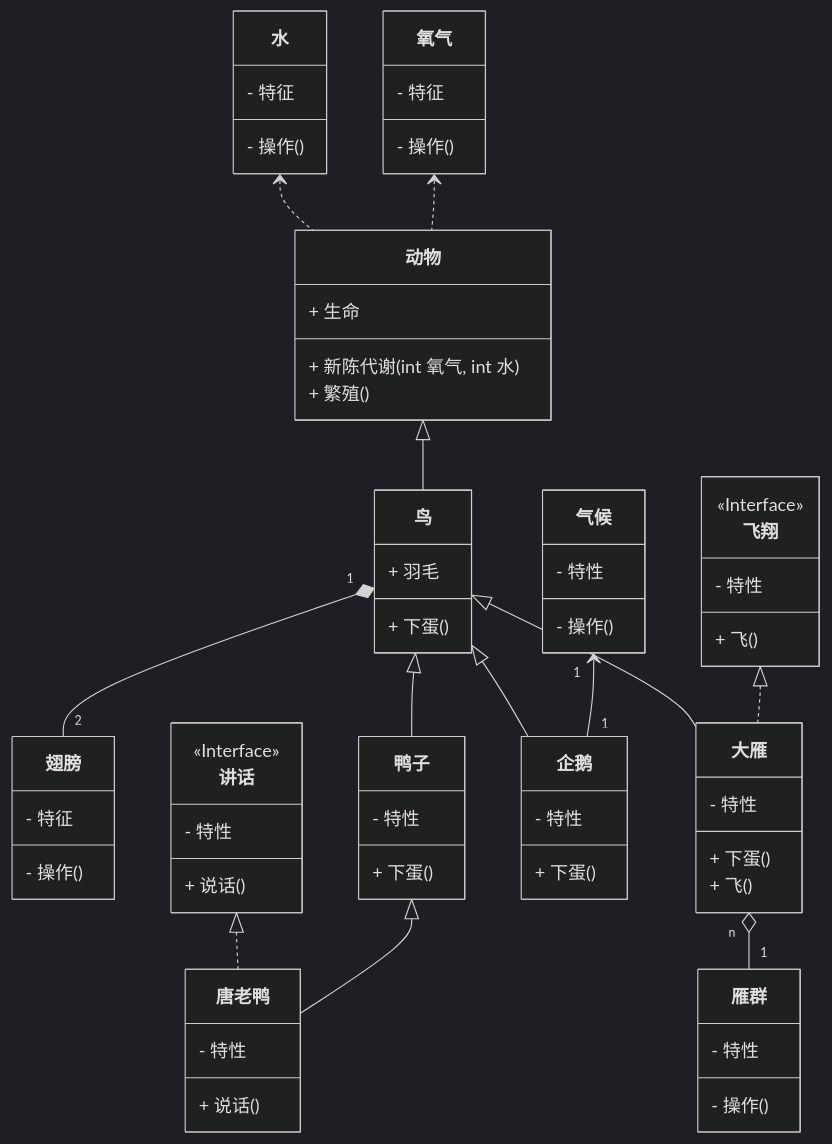
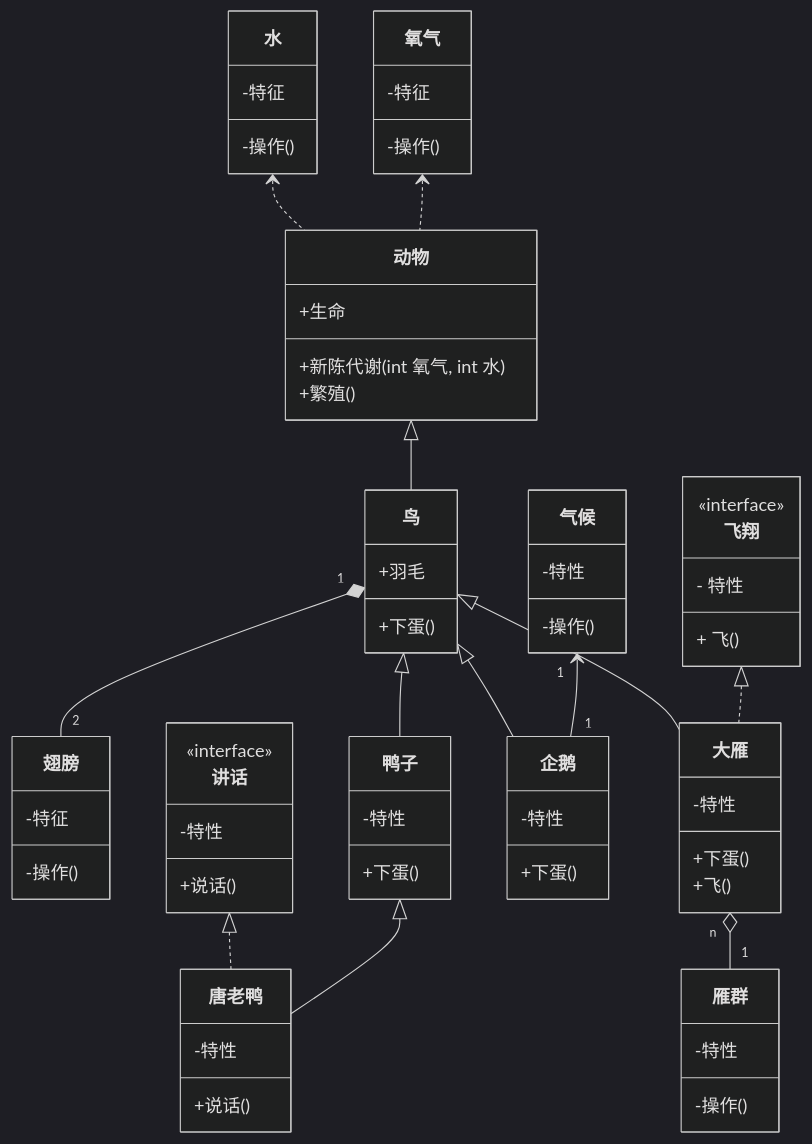
The diagram in README.md (tinytinycn/learn-java-design-pattern), drawn with Mermaid (dark theme) before and after one commit. The commit also changed other lines of this file and 1 other file, not shown here.

```diff
--- a/README.md
+++ b/README.md
@@ -26,62 +26,62 @@
 classDiagram
 
 class 氧气{
-  - 特征
-  - 操作()
+  -特征
+  -操作()
 }
 
 class 水{
-  - 特征
-  - 操作()
+  -特征
+  -操作()
 }
 
 class 动物{
-  + 生命
-  + 新陈代谢(int 氧气, int 水)
-  + 繁殖()
+  +生命
+  +新陈代谢(int 氧气, int 水)
+  +繁殖()
 }
 
 氧气 <.. 动物
 水 <.. 动物
 
 class 翅膀{
-  - 特征
-  - 操作()
+  -特征
+  -操作()
 }
 
 class 鸟{
-  + 羽毛
-  + 下蛋()
+  +羽毛
+  +下蛋()
 }
 
 鸟 "1" *-- "2" 翅膀
 动物 <|-- 鸟
 
 class 飞翔 {
-  <<Interface>>
+  <<interface>>
   - 特性
   + 飞()
 }
 
 class 大雁{
-  - 特性
-  + 下蛋()
-  + 飞()
+  -特性
+  +下蛋()
+  +飞()
 }
 
 class 鸭子{
-  - 特性
-  + 下蛋()
+  -特性
+  +下蛋()
 }
 
 class 企鹅{
-  - 特性
-  + 下蛋()
+  -特性
+  +下蛋()
 }
 
 class 气候{
-  - 特性
-  - 操作()
+  -特性
+  -操作()
 }
 
 气候 "1" <-- "1" 企鹅
@@ -92,22 +92,22 @@
 鸟 <|-- 企鹅
 
 class 讲话{
-  <<Interface>>
-  - 特性
-  + 说话()
+  <<interface>>
+  -特性
+  +说话()
 }
 
 class 唐老鸭{
-  - 特性
-  + 说话()
+  -特性
+  +说话()
 }
 
 鸭子 <|-- 唐老鸭
 讲话 <|.. 唐老鸭
 
 class 雁群{
-  - 特性
-  - 操作()
+  -特性
+  -操作()
 }
 
 大雁 "n" o-- "1" 雁群
```
